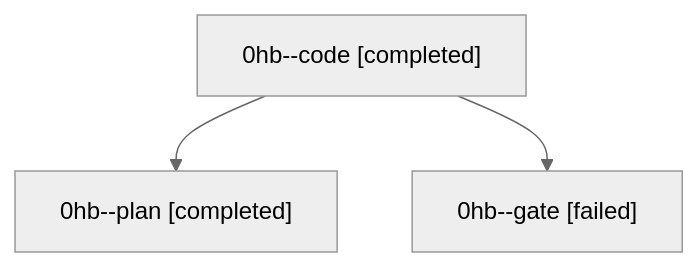
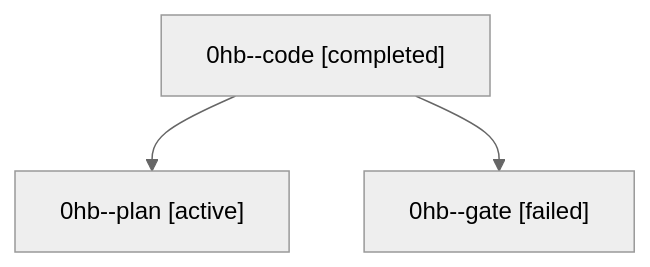
One commit to sase-org/sase--agents changed the diagram in families/bbugyi200.athena.0hb.md. Above: the diagram before and after it, drawn with Mermaid (neutral theme). The commit also changed other lines of this file and 35830 other files, not shown here.

````diff
--- a/families/bbugyi200.athena.0hb.md
+++ b/families/bbugyi200.athena.0hb.md
@@ -9,8 +9,8 @@
 ```mermaid
 flowchart TD
   n0["0hb--code [completed]"]
-  n1["0hb--plan [completed]"]
+  n1["0hb--plan [active]"]
   n0 --> n1
   n2["0hb--gate [failed]"]
   n0 --> n2
 ```
````
